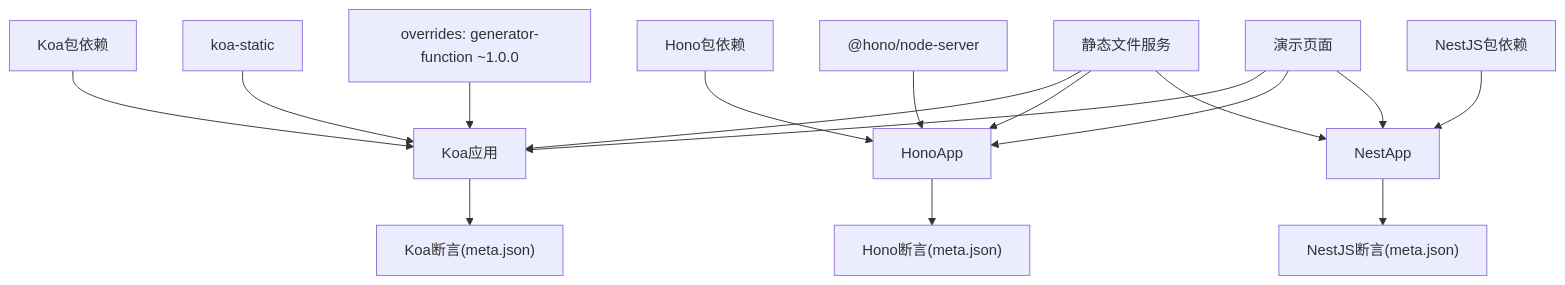
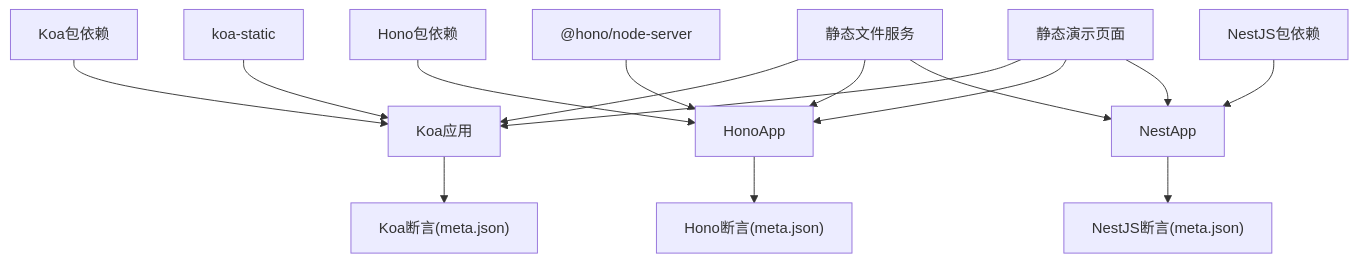
One commit to esa-sp/test-for-aone-ci changed the seventh of 7 diagrams in .qoder/repowiki/zh/content/后端框架测试/Koa、Hono、NestJS框架测试.md. Above: the diagram before and after it, drawn with Mermaid. The commit also changed other lines of this file and 39 other files, not shown here.

````diff
--- a/.qoder/repowiki/zh/content/后端框架测试/Koa、Hono、NestJS框架测试.md
+++ b/.qoder/repowiki/zh/content/后端框架测试/Koa、Hono、NestJS框架测试.md
@@ -462,18 +450,17 @@
 ```mermaid
 graph TB
 KoaPkg["Koa包依赖"] --> KoaApp["Koa应用"]
 KoaStatic["koa-static"] --> KoaApp
-KoaOverrides["overrides: generator-function ~1.0.0"] --> KoaApp
 HonoPkg["Hono包依赖"] --> HonoApp
 HonoNodeServer["@hono/node-server"] --> HonoApp
 NestPkg["NestJS包依赖"] --> NestApp
 StaticFiles["静态文件服务"] --> KoaApp
 StaticFiles --> HonoApp
 StaticFiles --> NestApp
-DemoPages["演示页面"] --> KoaApp
+DemoPages["静态演示页面"] --> KoaApp
 DemoPages --> HonoApp
 DemoPages --> NestApp
 KoaApp --> KoaMeta["Koa断言(meta.json)"]
 HonoApp --> HonoMeta["Hono断言(meta.json)"]
 NestApp --> NestMeta["NestJS断言(meta.json)"]
 ```
````
